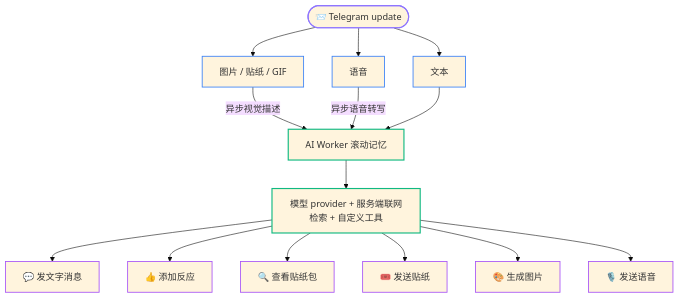
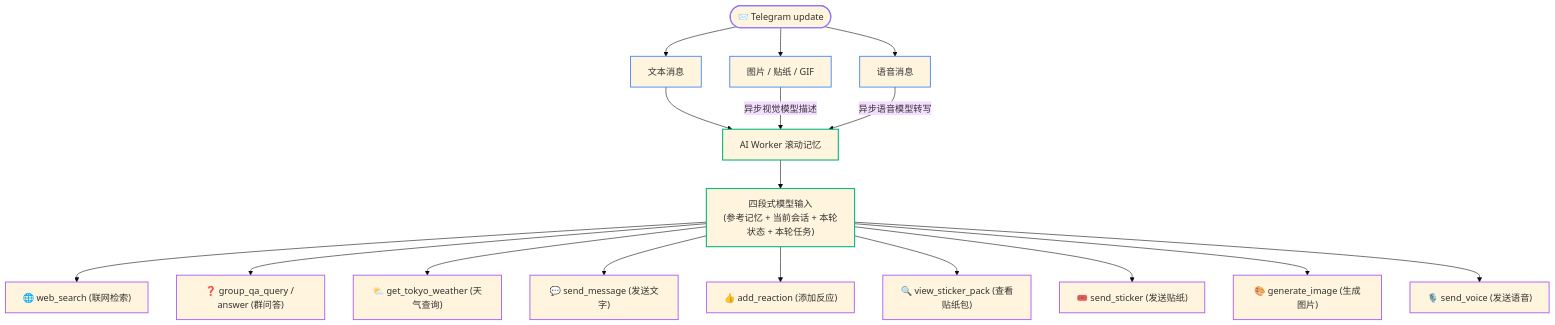
The second of 2 diagrams in docs/cn/02-architecture.md (Asashishi/copy_ninjia), drawn with Mermaid (base theme) before and after one commit. The commit also changed other lines of this file and 691 other files, not shown here.

````diff
--- a/docs/cn/02-architecture.md
+++ b/docs/cn/02-architecture.md
@@ -64,22 +117,27 @@
 ```mermaid
 flowchart TD
     classDef input stroke:#8e75ff,stroke-width:2px;
     classDef process stroke:#3b82f6,stroke-width:1.5px;
     classDef ai stroke:#10b981,stroke-width:2px;
     classDef action stroke:#a855f7,stroke-width:1.5px;
 
-    U(["📨 Telegram update"]):::input --> TXT["文本"]:::process
+    U(["📨 Telegram update"]):::input --> TXT["文本消息"]:::process
     U --> MED["图片 / 贴纸 / GIF"]:::process
-    U --> VOC["语音"]:::process
-    MED -- 异步视觉描述 --> MEM["AI Worker 滚动记忆"]:::ai
-    VOC -- 异步语音转写 --> MEM
-    TXT --> MEM
-    MEM --> G["模型 provider + 服务端联网检索 + 自定义工具"]:::ai
+    U --> VOC["语音消息"]:::process
 
-    G --> A1["💬 发文字消息"]:::action
-    G --> A2["👍 添加反应"]:::action
-    G --> A3["🔍 查看贴纸包"]:::action
-    G --> A4["🎟️ 发送贴纸"]:::action
-    G --> A5["🎨 生成图片"]:::action
-    G --> A6["🎙️ 发送语音"]:::action
+    TXT --> MEM["AI Worker 滚动记忆"]:::ai
+    MED -- 异步视觉模型描述 --> MEM
+    VOC -- 异步语音模型转写 --> MEM
+
+    MEM --> G["四段式模型输入<br/>(参考记忆 + 当前会话 + 本轮状态 + 本轮任务)"]:::ai
+
+    G --> T1["🌐 web_search (联网检索)"]:::action
+    G --> T2["❓ group_qa_query / answer (群问答)"]:::action
+    G --> T3["⛅ get_tokyo_weather (天气查询)"]:::action
+    G --> A1["💬 send_message (发送文字)"]:::action
+    G --> A2["👍 add_reaction (添加反应)"]:::action
+    G --> A3["🔍 view_sticker_pack (查看贴纸包)"]:::action
+    G --> A4["🎟️ send_sticker (发送贴纸)"]:::action
+    G --> A5["🎨 generate_image (生成图片)"]:::action
+    G --> A6["🎙️ send_voice (发送语音)"]:::action
 ```
````
